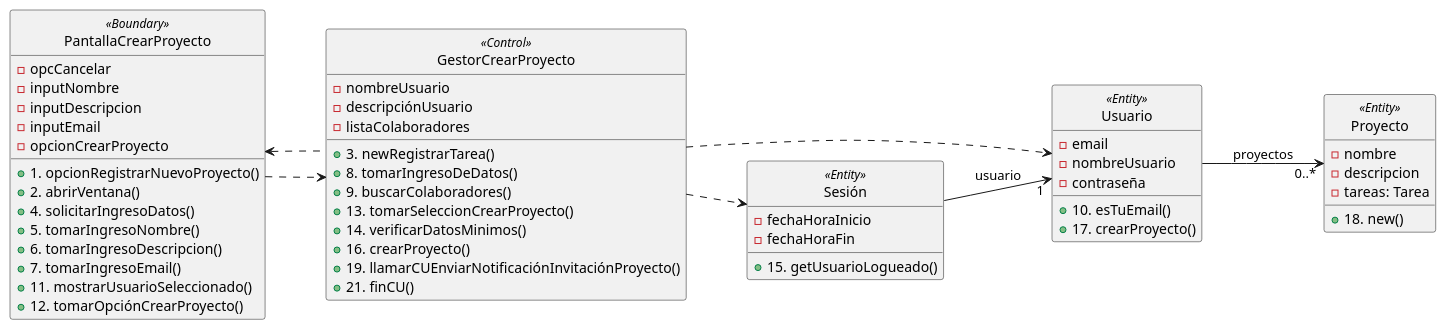
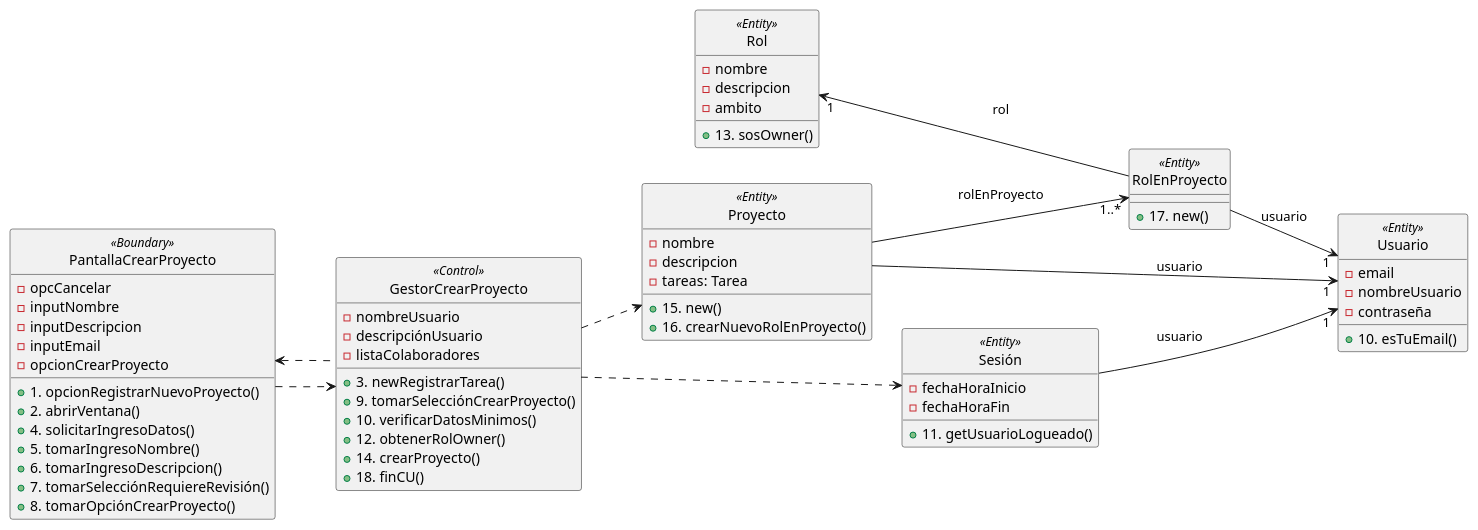
The second of 2 diagrams in Modelado/DiagramasCU07.plantuml (ciggyx/Task_Flow), drawn with PlantUML before and after one commit. The commit also changed other lines of this file, not shown here.

Commit message:
fix: Actualización de diagrama de clases CU07

```diff
--- a/Modelado/DiagramasCU07.plantuml
+++ b/Modelado/DiagramasCU07.plantuml
@@ -42,66 +34,74 @@
 @startuml RealizaciónCu07VistaEstática
 left to right direction
 hide <<Entity>> circle
 hide <<Boundary>> circle
 hide <<Control>> circle
 class Usuario<<Entity>>{
     - email
     - nombreUsuario
     - contraseña
     + 10. esTuEmail()
 }
 
 class Proyecto<<Entity>>{
     - nombre
     - descripcion
     - tareas: Tarea
-    + 18. new()
+    + 15. new()
+    + 16. crearNuevoRolEnProyecto()
 }
 
 class GestorCrearProyecto<<Control>> {
     - nombreUsuario
     - descripciónUsuario
     - listaColaboradores
     + 3. newRegistrarTarea()
-    + 8. tomarIngresoDeDatos()
-    + 9. buscarColaboradores()
-    + 13. tomarSeleccionCrearProyecto()
-    + 14. verificarDatosMinimos()
-    + 16. crearProyecto()
-    + 19. llamarCUEnviarNotificaciónInvitaciónProyecto()
-    + 21. finCU()
+    + 9. tomarSelecciónCrearProyecto()
+    + 10. verificarDatosMinimos()
+    + 12. obtenerRolOwner()
+    + 14. crearProyecto()
+    + 18. finCU()
+}
+
+class Rol<<Entity>>{
+    - nombre
+    - descripcion
+    - ambito
+    + 13. sosOwner()
+
+}
+class RolEnProyecto<<Entity>>{ 
+    +17. new()
 }
 
 class PantallaCrearProyecto<<Boundary>> {
     - opcCancelar
     - inputNombre
     - inputDescripcion
     - inputEmail
     - opcionCrearProyecto
     + 1. opcionRegistrarNuevoProyecto()
     + 2. abrirVentana()
     + 4. solicitarIngresoDatos()
     + 5. tomarIngresoNombre()
     + 6. tomarIngresoDescripcion()
-    + 7. tomarIngresoEmail()
-    + 11. mostrarUsuarioSeleccionado()
-    + 12. tomarOpciónCrearProyecto()
+    + 7. tomarSelecciónRequiereRevisión()
+    + 8. tomarOpciónCrearProyecto()
 }
 
 class Sesión<<Entity>>{
     - fechaHoraInicio
     - fechaHoraFin
-    + 15. getUsuarioLogueado()
+    + 11. getUsuarioLogueado()
 }
 
-class Usuario<<Entity>>{
-    + 17. crearProyecto()
-}
-
-Usuario --> "0..*" Proyecto : proyectos
+Proyecto --> "1" Usuario : usuario
 PantallaCrearProyecto ..> GestorCrearProyecto
 PantallaCrearProyecto <.. GestorCrearProyecto
 GestorCrearProyecto ..> Sesión
-GestorCrearProyecto..> Usuario
+GestorCrearProyecto..> Proyecto
 Sesión --> "1" Usuario : usuario
+Proyecto -->"1..*" RolEnProyecto: rolEnProyecto
+Rol "1" <-- RolEnProyecto: rol
+RolEnProyecto --> "1" Usuario: usuario
 @enduml
```
